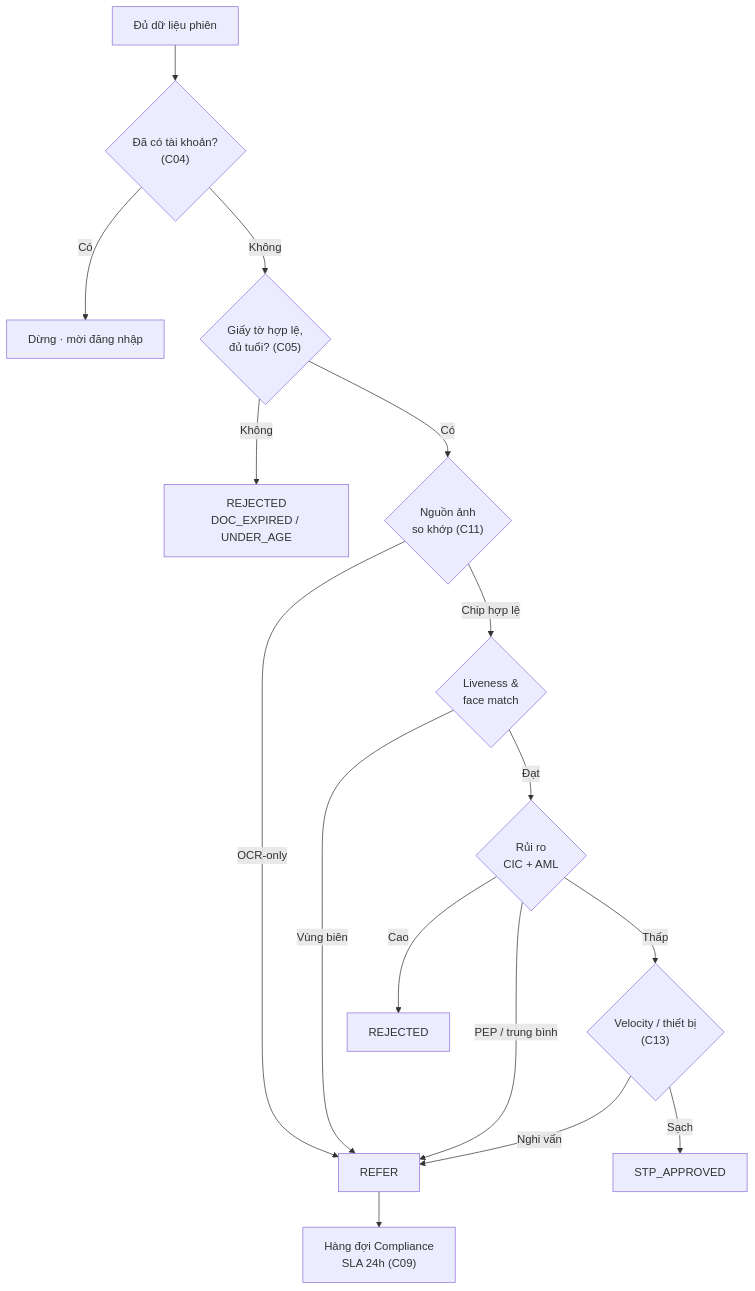
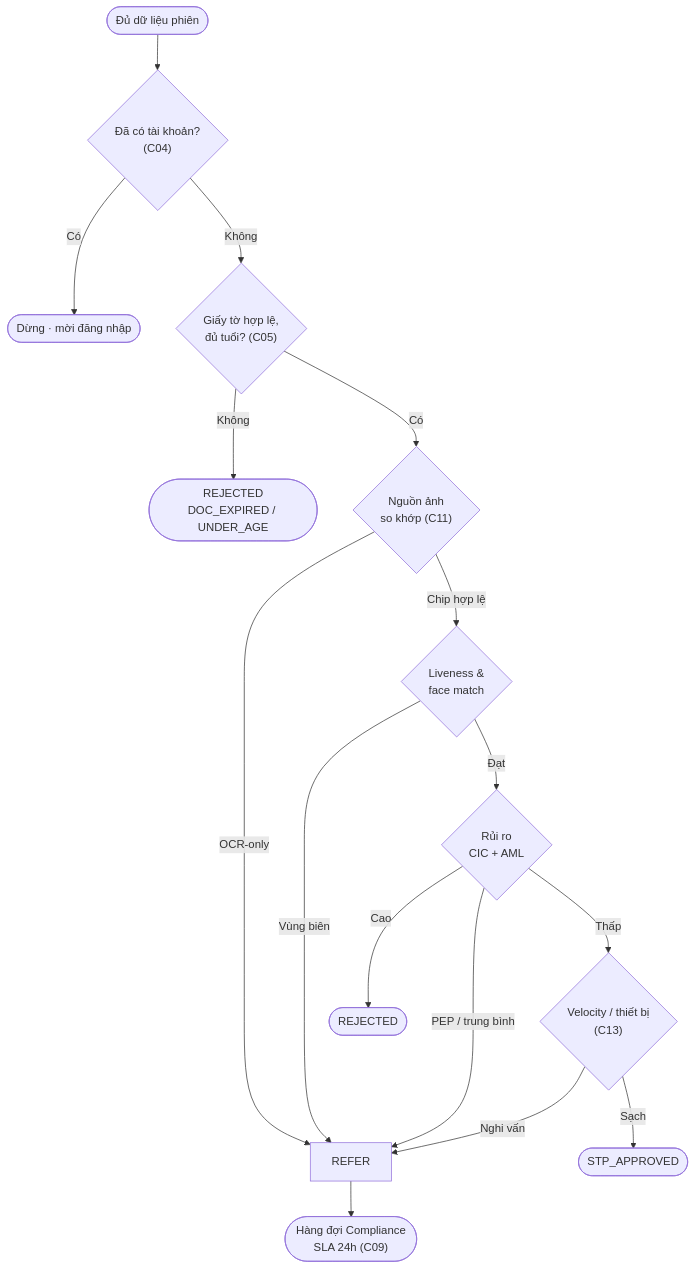
One commit to handao2303/aegis-ekyc-ui changed the fourth of 7 diagrams in docs/00-overview/A01-solution-overview.md. Above: the diagram before and after it, drawn with Mermaid. The commit also changed other lines of this file and 54 other files, not shown here.

Commit message:
Full doc review: acceptance criteria for REQ-LIM-01..26, REQ-REC-21..24; header metadata (status, standard, version) completed on 24 docs; C03, Q01 approval; A03 API numbering note; start/end terminals on 10 process flowcharts; diagrams re-rendered

````diff
--- a/docs/00-overview/A01-solution-overview.md
+++ b/docs/00-overview/A01-solution-overview.md
@@ -138,18 +139,18 @@
 ```mermaid
 flowchart TD
-    A["Đủ dữ liệu phiên"] --> B{"Đã có tài khoản?<br/>(C04)"}
-    B -- "Có" --> X1["Dừng · mời đăng nhập"]
+    A(["Đủ dữ liệu phiên"]) --> B{"Đã có tài khoản?<br/>(C04)"}
+    B -- "Có" --> X1(["Dừng · mời đăng nhập"])
     B -- "Không" --> C{"Giấy tờ hợp lệ,<br/>đủ tuổi? (C05)"}
-    C -- "Không" --> R1["REJECTED<br/>DOC_EXPIRED / UNDER_AGE"]
+    C -- "Không" --> R1(["REJECTED<br/>DOC_EXPIRED / UNDER_AGE"])
     C -- "Có" --> D{"Nguồn ảnh<br/>so khớp (C11)"}
     D -- "OCR-only" --> RF["REFER"]
     D -- "Chip hợp lệ" --> E{"Liveness &<br/>face match"}
     E -- "Vùng biên" --> RF
     E -- "Đạt" --> F{"Rủi ro<br/>CIC + AML"}
-    F -- "Cao" --> R2["REJECTED"]
+    F -- "Cao" --> R2(["REJECTED"])
     F -- "PEP / trung bình" --> RF
     F -- "Thấp" --> G{"Velocity / thiết bị<br/>(C13)"}
     G -- "Nghi vấn" --> RF
-    G -- "Sạch" --> OK["STP_APPROVED"]
-    RF --> Q["Hàng đợi Compliance<br/>SLA 24h (C09)"]
+    G -- "Sạch" --> OK(["STP_APPROVED"])
+    RF --> Q(["Hàng đợi Compliance<br/>SLA 24h (C09)"])
 ```
````
